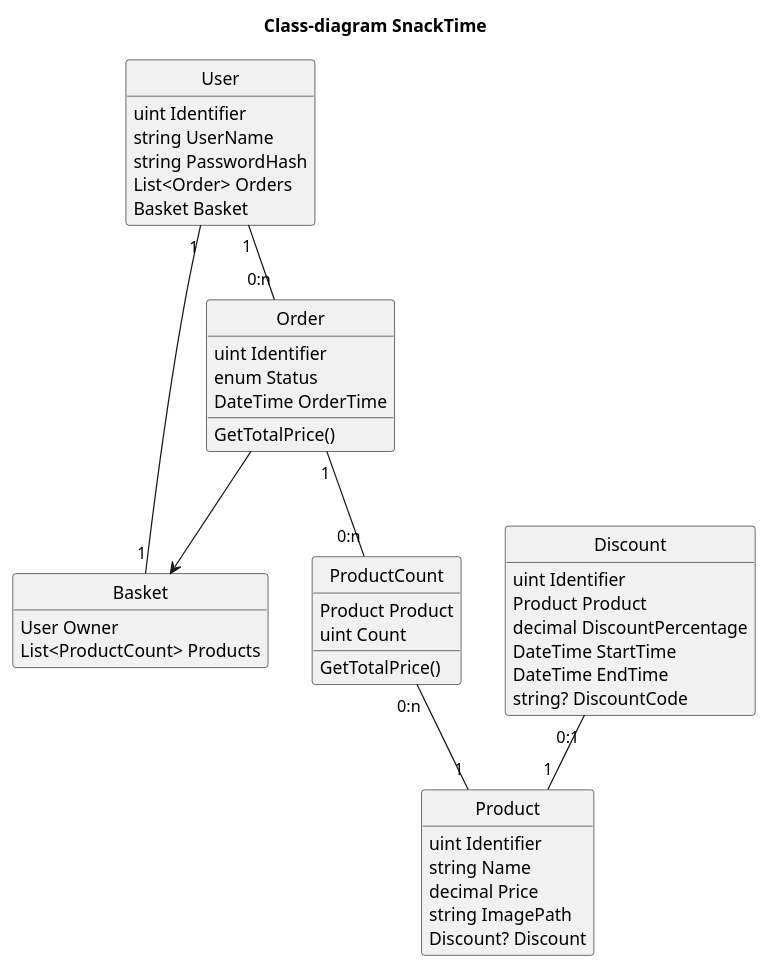
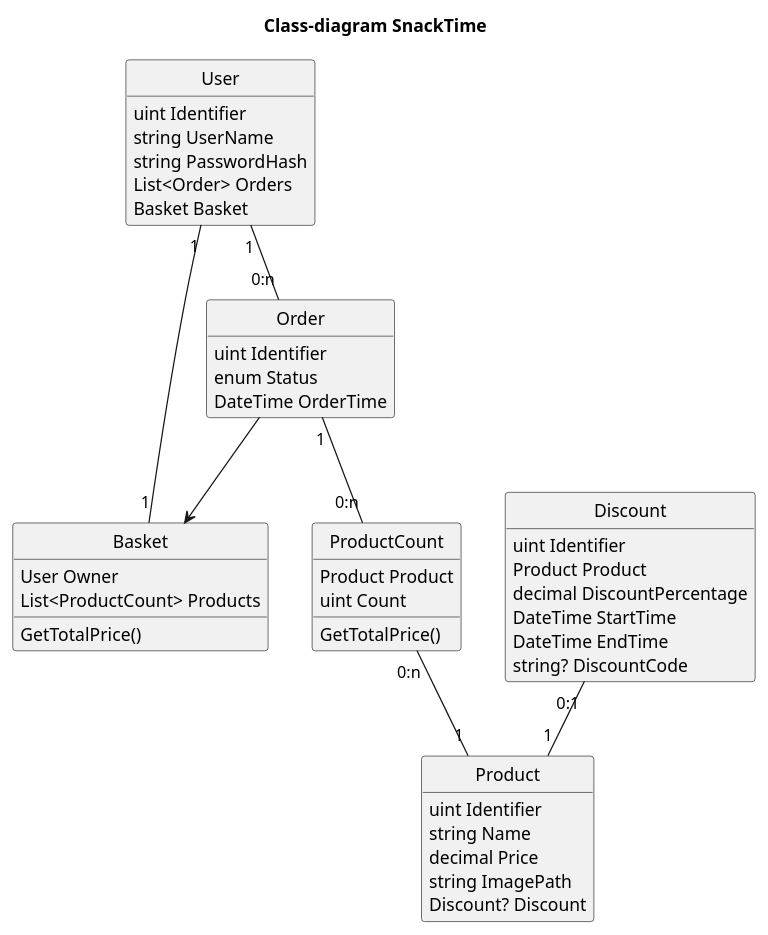
Before and after one commit to kinggeert/SnackTime: the diagram in SnackTime/Uml/ClassDiagram.puml, drawn with PlantUML. The commit also changed other lines of this file and 2 other files, not shown here.

Commit message:
Added GetTotalPrice()

```diff
--- a/SnackTime/Uml/ClassDiagram.puml
+++ b/SnackTime/Uml/ClassDiagram.puml
@@ -1,64 +1,64 @@
 @startuml
 hide circle
 hide empty members
 skinparam classAttributeIconSize 0
 skinparam packageStyle rectangle
 title Class-diagram SnackTime
 
 
 class User {
     uint Identifier
     string UserName
     string PasswordHash
     List<Order> Orders
     Basket Basket
 }
 
 class Product {
     uint Identifier
     string Name
     decimal Price
     string ImagePath
     Discount? Discount
 }
 
 class ProductCount {
     Product Product
     uint Count
     
     GetTotalPrice()
 }
 
 class Basket {
     User Owner
     List<ProductCount> Products
+    
+    GetTotalPrice()
 }
 
 class Order {
     uint Identifier
     enum Status
     DateTime OrderTime
-    
-    GetTotalPrice()
 }
 
 class Discount {
     uint Identifier
     Product Product
     decimal DiscountPercentage
     DateTime StartTime
     DateTime EndTime
     string? DiscountCode
 }
 
 User "1" -- "0:n" Order
 Order "1" -- "0:n" ProductCount
 ProductCount "0:n" -- "1" Product
 Discount "0:1" -- "1" Product
 User "1" -- "1" Basket
 
 Order --> Basket
 
 
 
 @enduml
```
